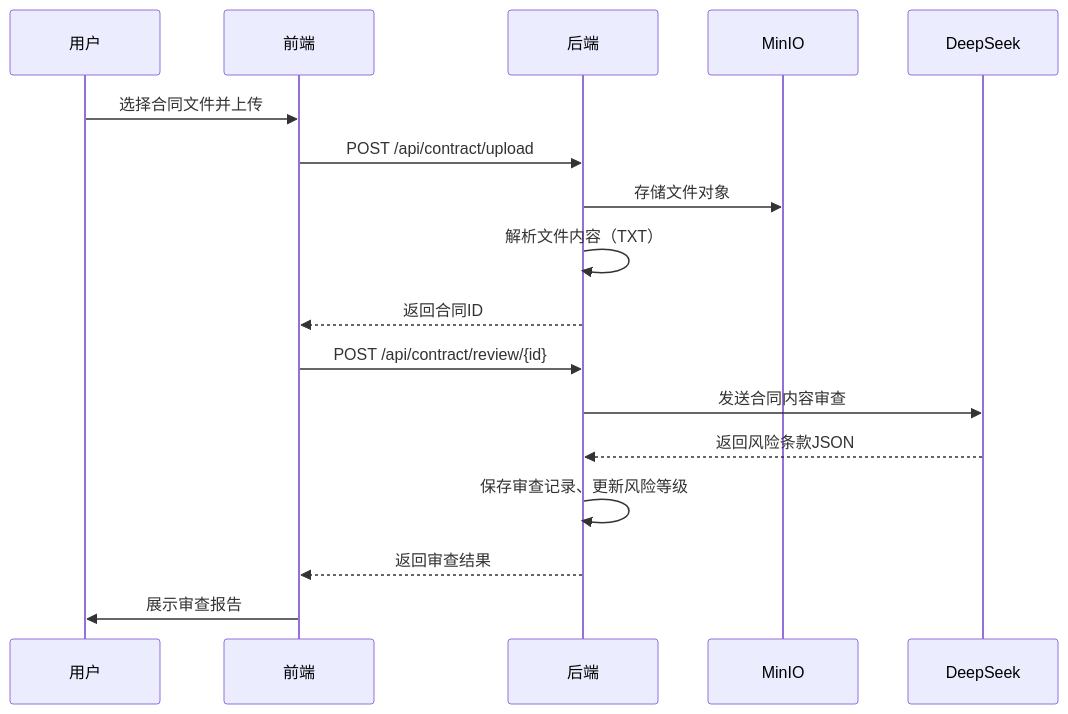
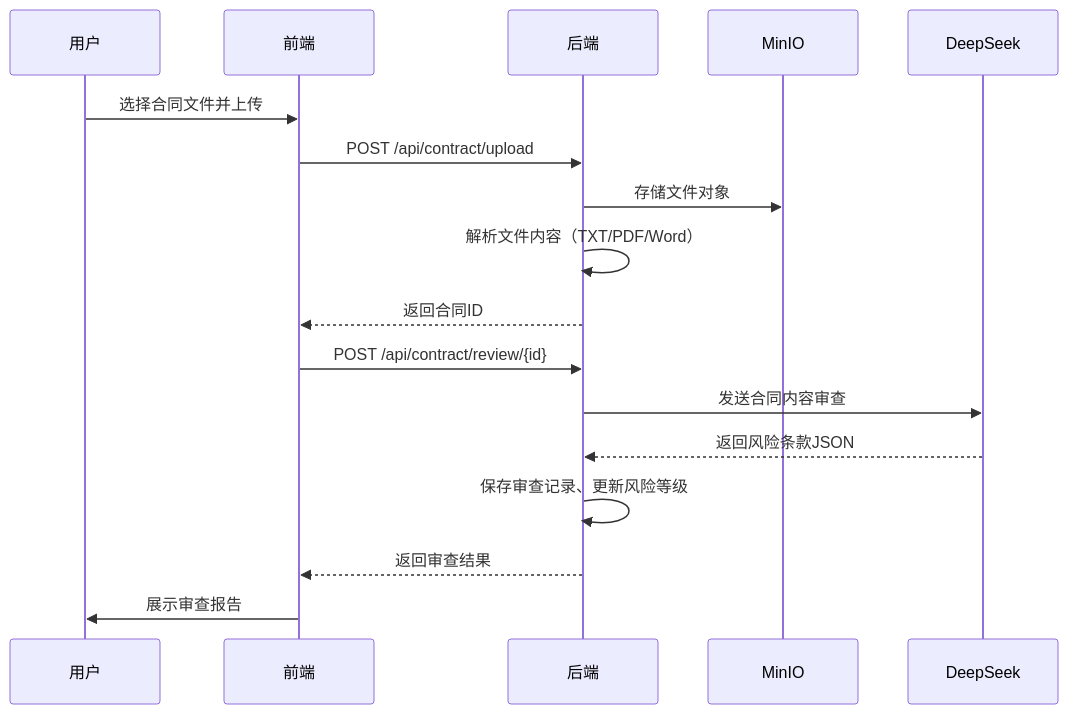
Before and after one commit to cck-10086/rental-platform: the second of 2 diagrams in docs/项目说明.md, drawn with Mermaid. The commit also changed other lines of this file and 22 other files, not shown here.

````diff
--- a/docs/项目说明.md
+++ b/docs/项目说明.md
@@ -161,20 +162,20 @@
 ```mermaid
 sequenceDiagram
     participant U as 用户
     participant F as 前端
     participant B as 后端
     participant M as MinIO
     participant D as DeepSeek
 
     U->>F: 选择合同文件并上传
     F->>B: POST /api/contract/upload
     B->>M: 存储文件对象
-    B->>B: 解析文件内容（TXT）
+    B->>B: 解析文件内容（TXT/PDF/Word）
     B-->>F: 返回合同ID
     F->>B: POST /api/contract/review/{id}
     B->>D: 发送合同内容审查
     D-->>B: 返回风险条款JSON
     B->>B: 保存审查记录、更新风险等级
     B-->>F: 返回审查结果
     F->>U: 展示审查报告
 ```
````
